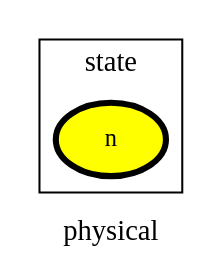
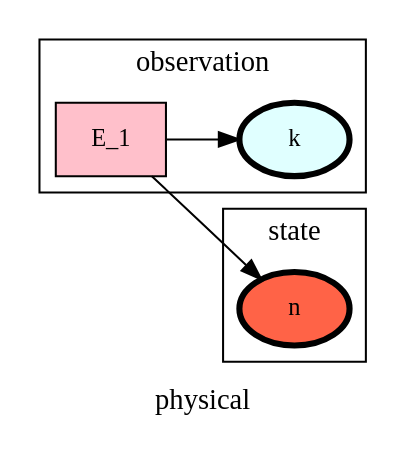
One commit to heinz-preisig/processes_distributed_no_interface_eqs changed the diagram in ontology_graphs/graph__physical.dot. Above: the diagram before and after it, drawn with Graphviz. The commit also changed 72 other files, not shown here.

```diff
--- a/ontology_graphs/graph__physical.dot
+++ b/ontology_graphs/graph__physical.dot
@@ -1,60 +1,64 @@
 digraph physical {
 label=physical;
 rankdir=LR;
 subgraph cluster_physical___network {
 label=network;
 rankdir=LR;
 }
 
 subgraph cluster_physical___differenceOperator {
 label=differenceOperator;
 rankdir=LR;
 }
 
 subgraph cluster_physical___frame {
 label=frame;
 rankdir=LR;
 }
 
 subgraph cluster_physical___state {
 label=state;
 rankdir=LR;
-V_1 [fillcolor=yellow, fontsize=12, label=n, penwidth=3, style=filled];
+V_1 [fillcolor=tomato, fontsize=12, label=n, penwidth=3, style=filled];
 }
 
 subgraph cluster_physical___constant {
 label=constant;
 rankdir=LR;
 }
 
 subgraph cluster_physical___effort {
 label=effort;
 rankdir=LR;
 }
 
 subgraph cluster_physical___secondaryState {
 label=secondaryState;
 rankdir=LR;
 }
 
 subgraph cluster_physical___diffState {
 label=diffState;
 rankdir=LR;
 }
 
 subgraph cluster_physical___conversion {
 label=conversion;
 rankdir=LR;
 }
 
 subgraph cluster_physical___controlInput {
 label=controlInput;
 rankdir=LR;
 }
 
+E_1 -> V_1  [splines=ortho];
 subgraph cluster_physical___observation {
 label=observation;
 rankdir=LR;
+V_2 [fillcolor=lightcyan, fontsize=12, label=k, penwidth=3, style=filled];
+E_1 [fillcolor=pink, fontsize=12, shape=box, style=filled];
+E_1 -> V_2  [splines=ortho];
 }
 
 }
```
